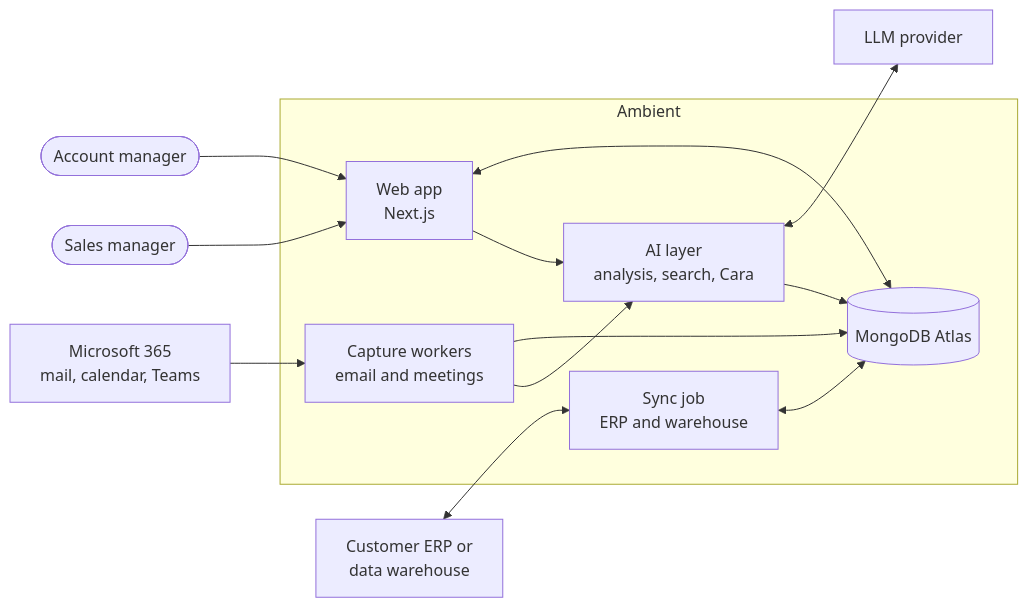
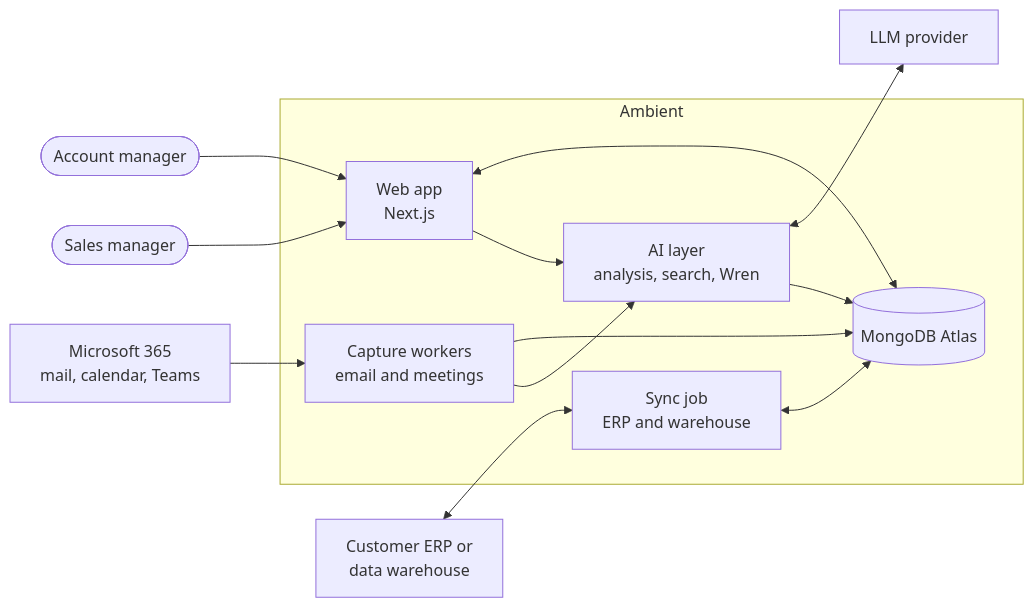
The diagram in docs/README.md (sonishivam1/ambient-crm), drawn with Mermaid before and after one commit. The commit also changed other lines of this file and 21 other files, not shown here.

First line of the commit message:
refactor: rename the AI assistant from Cara to Wren

````diff
--- a/docs/README.md
+++ b/docs/README.md
@@ -24,27 +24,27 @@
 ```mermaid
 flowchart LR
   rep(["Account manager"])
   mgr(["Sales manager"])
   subgraph ambient["Ambient"]
     web["Web app<br/>Next.js"]
     workers["Capture workers<br/>email and meetings"]
     sync["Sync job<br/>ERP and warehouse"]
-    ai["AI layer<br/>analysis, search, Cara"]
+    ai["AI layer<br/>analysis, search, Wren"]
     db[("MongoDB Atlas")]
   end
   m365["Microsoft 365<br/>mail, calendar, Teams"]
   erp["Customer ERP or<br/>data warehouse"]
   llm["LLM provider"]
 
   rep --> web
   mgr --> web
   web <--> db
   workers --> db
   sync <--> db
   m365 --> workers
   erp <--> sync
   workers --> ai
   web --> ai
   ai <--> llm
   ai --> db
 ```
````
